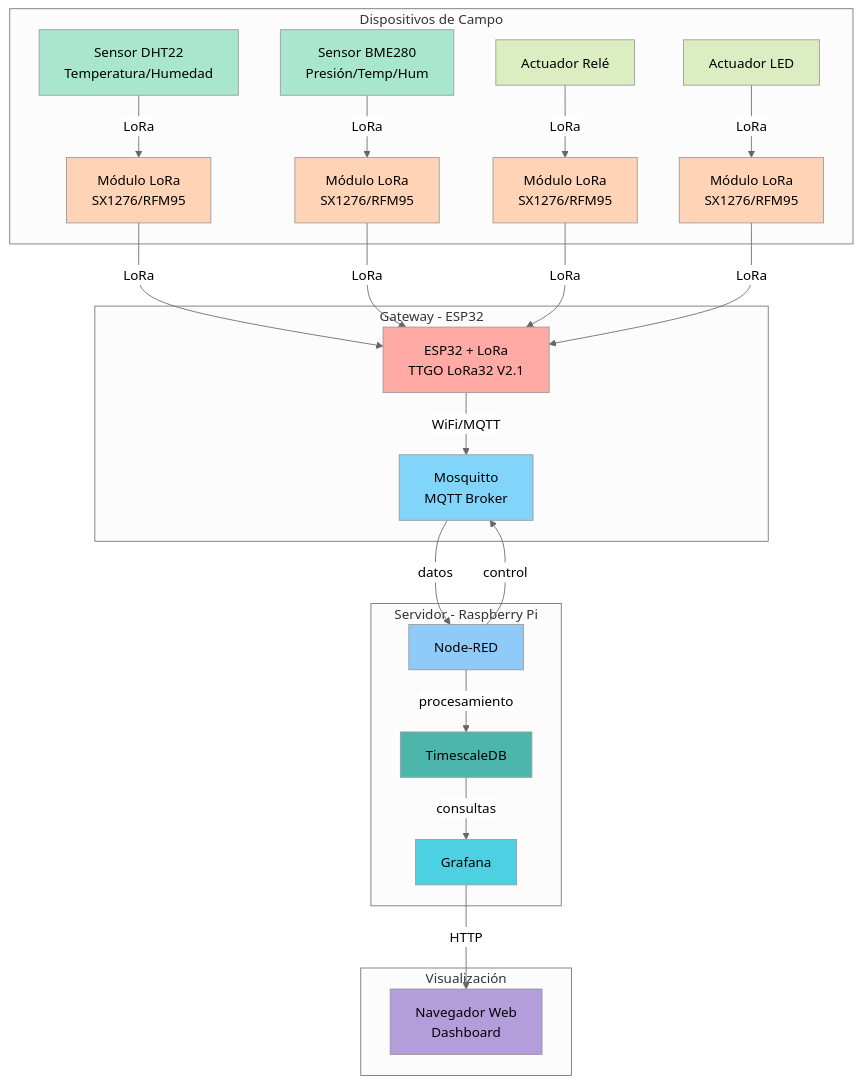
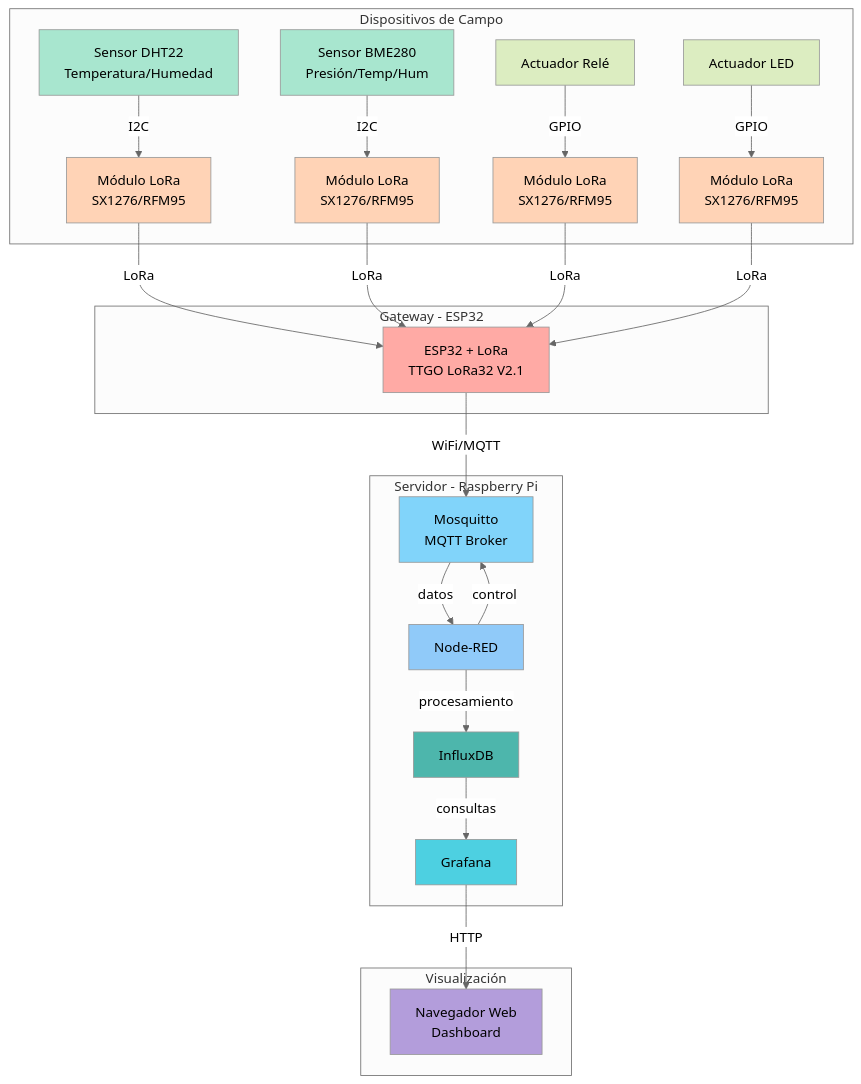
Before and after one commit to javacasm/IOT-Lora: the third of 6 diagrams in 5. Lora.md, drawn with Mermaid (neutral theme). The commit also changed other lines of this file and 62 other files, not shown here.

````diff
--- a/5. Lora.md
+++ b/5. Lora.md
@@ -243,42 +243,43 @@
 ```mermaid
 graph TD
     subgraph "Dispositivos de Campo"
-        S1[Sensor DHT22<br/>Temperatura/Humedad] -->|LoRa| LM1[Módulo LoRa<br/>SX1276/RFM95]
-        S2[Sensor BME280<br/>Presión/Temp/Hum] -->|LoRa| LM2[Módulo LoRa<br/>SX1276/RFM95]
-        A1[Actuador Relé] -->|LoRa| LM3[Módulo LoRa<br/>SX1276/RFM95]
-        A2[Actuador LED] -->|LoRa| LM4[Módulo LoRa<br/>SX1276/RFM95]
+        S1[Sensor DHT22<br/>Temperatura/Humedad] -->|I2C| LM1[Módulo LoRa<br/>SX1276/RFM95]
+        S2[Sensor BME280<br/>Presión/Temp/Hum] -->|I2C| LM2[Módulo LoRa<br/>SX1276/RFM95]
+        A1[Actuador Relé] -->|GPIO| LM3[Módulo LoRa<br/>SX1276/RFM95]
+        A2[Actuador LED] -->|GPIO| LM4[Módulo LoRa<br/>SX1276/RFM95]
     end
 
     subgraph "Gateway - ESP32"
         LM1 & LM2 & LM3 & LM4 -->|LoRa| ESP[ESP32 + LoRa<br/>TTGO LoRa32 V2.1]
-        ESP -->|WiFi/MQTT| MQ[Mosquitto<br/>MQTT Broker]
+        
     end
 
     subgraph "Servidor - Raspberry Pi"
+	    ESP -->|WiFi/MQTT| MQ[Mosquitto<br/>MQTT Broker]
         MQ -->|datos| ND[Node-RED]
-        ND -->|procesamiento| TS[TimescaleDB]
-        TS -->|consultas| GF[Grafana]
+        ND -->|procesamiento| DB[InfluxDB]
+        DB -->|consultas| GF[Grafana]
         
         ND -->|control| MQ
     end
 
     subgraph "Visualización"
         GF -->|HTTP| WB[Navegador Web<br/>Dashboard]
     end
 
     style S1 fill:#a8e6cf
     style S2 fill:#a8e6cf
     style A1 fill:#dcedc1
     style A2 fill:#dcedc1
     style LM1 fill:#ffd3b6
     style LM2 fill:#ffd3b6
     style LM3 fill:#ffd3b6
     style LM4 fill:#ffd3b6
     style ESP fill:#ffaaa5
     style MQ fill:#81d4fa
     style ND fill:#90caf9
-    style TS fill:#4db6ac
+    style DB fill:#4db6ac
     style GF fill:#4dd0e1
     style WB fill:#b39ddb
 
 ```
````
